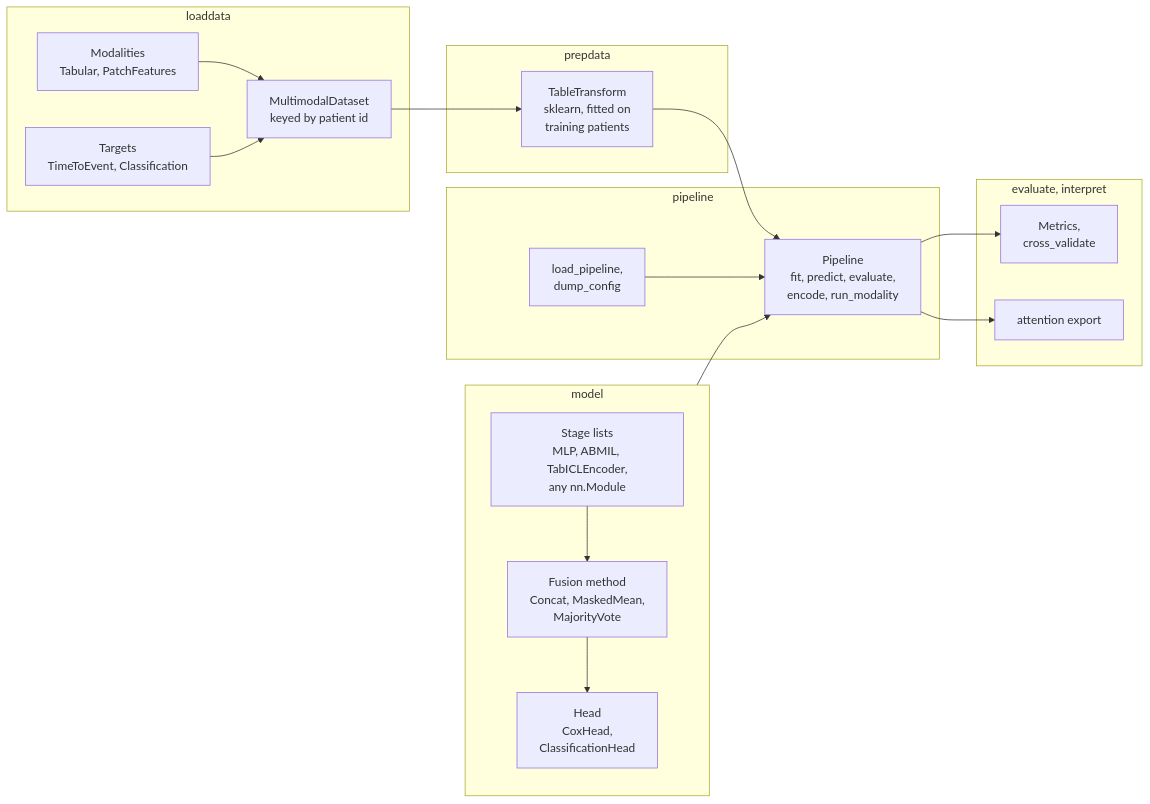
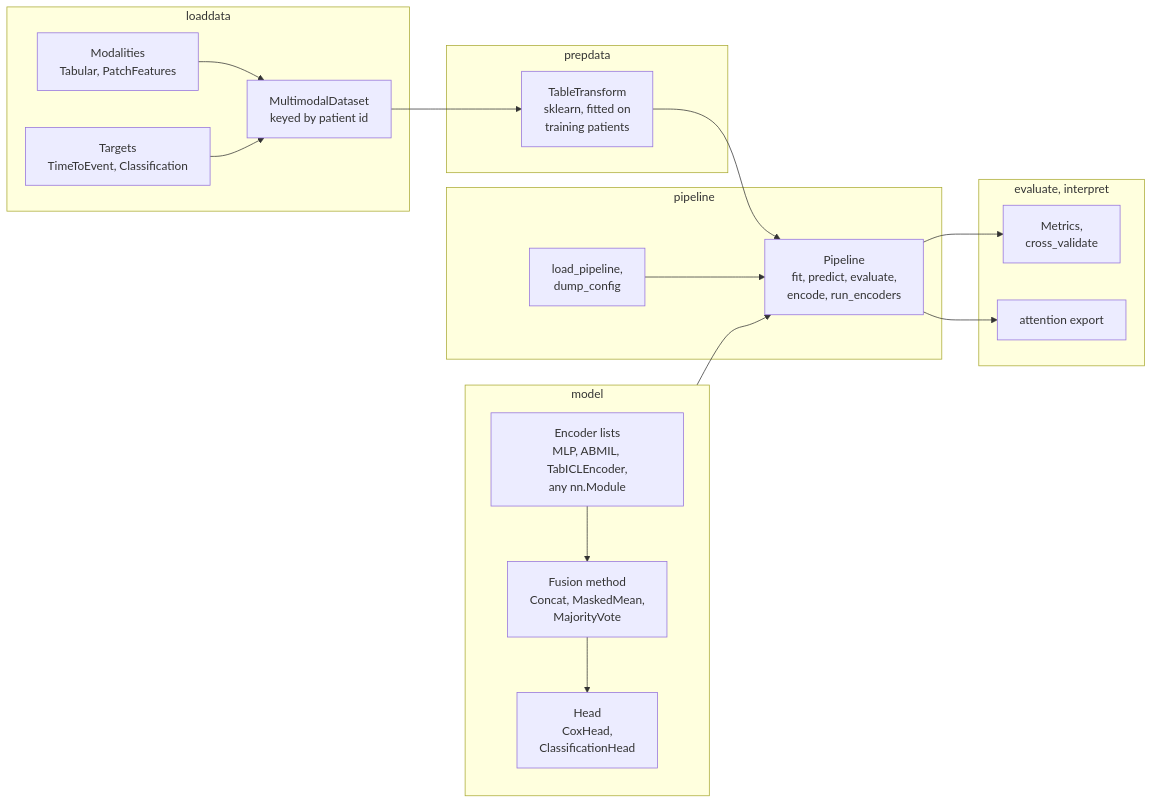
The diagram in docs/architecture.md (pykale/cancer), drawn with Mermaid before and after one commit. The commit also changed other lines of this file and 33 other files, not shown here.

````diff
--- a/docs/architecture.md
+++ b/docs/architecture.md
@@ -19,37 +19,37 @@
 ```mermaid
 flowchart LR
     subgraph loaddata["loaddata"]
         MOD["Modalities\nTabular, PatchFeatures"]
         TGT["Targets\nTimeToEvent, Classification"]
         DS["MultimodalDataset\nkeyed by patient id"]
         MOD --> DS
         TGT --> DS
     end
 
     subgraph prepdata["prepdata"]
         TT["TableTransform\nsklearn, fitted on\ntraining patients"]
     end
 
     subgraph model["model"]
-        STG["Stage lists\nMLP, ABMIL, TabICLEncoder,\nany nn.Module"]
+        STG["Encoder lists\nMLP, ABMIL, TabICLEncoder,\nany nn.Module"]
         FUS["Fusion method\nConcat, MaskedMean,\nMajorityVote"]
         HEAD["Head\nCoxHead,\nClassificationHead"]
         STG --> FUS --> HEAD
     end
 
     subgraph pipeline["pipeline"]
-        PIPE["Pipeline\nfit, predict, evaluate,\nencode, run_modality"]
+        PIPE["Pipeline\nfit, predict, evaluate,\nencode, run_encoders"]
         CFG["load_pipeline,\ndump_config"]
     end
 
     subgraph downstream["evaluate, interpret"]
         MET["Metrics,\ncross_validate"]
         ATT["attention export"]
     end
 
     DS --> TT --> PIPE
     model --> PIPE
     CFG --> PIPE
     PIPE --> MET
     PIPE --> ATT
 ```
````
